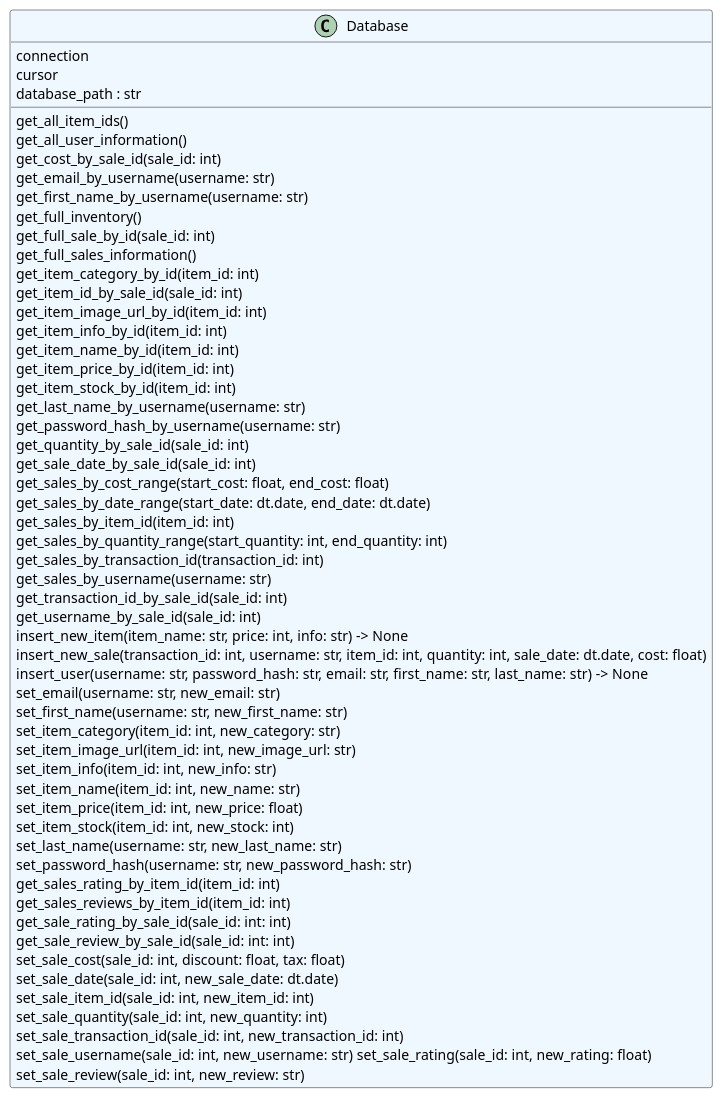
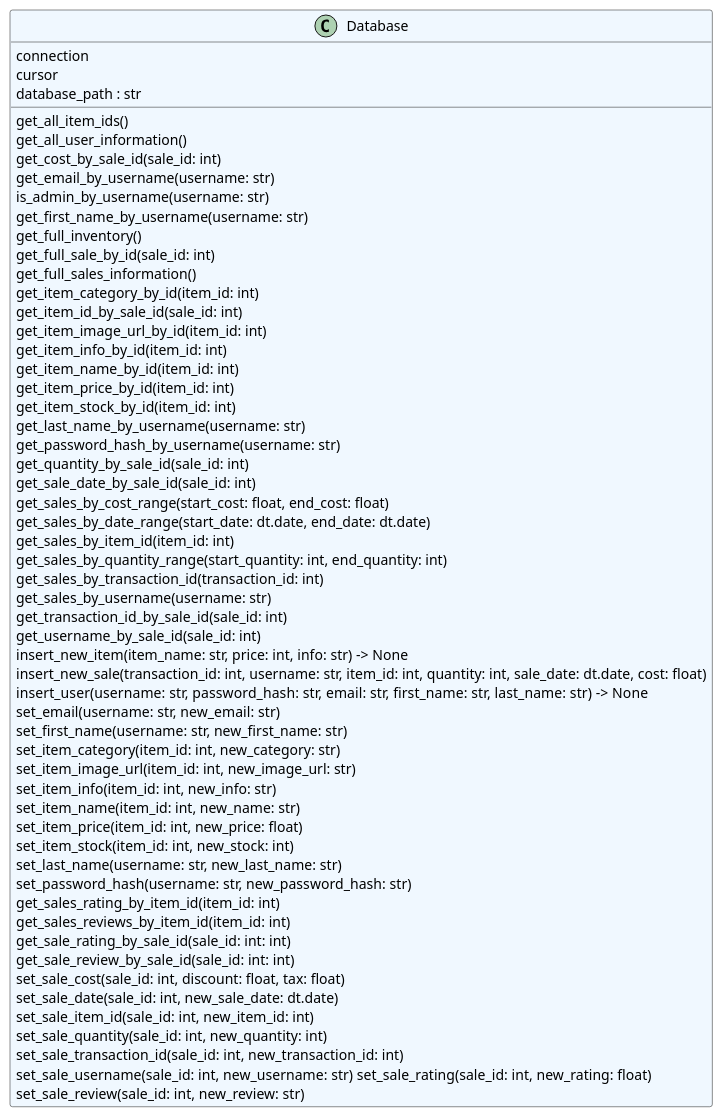
The diagram in docs/diagrams/system/database_classes_updated.puml (obxzeke/OnlineStore), drawn with PlantUML before and after one commit. The commit also changed 13 other files, not shown here.

```diff
--- a/docs/diagrams/system/database_classes_updated.puml
+++ b/docs/diagrams/system/database_classes_updated.puml
@@ -1,60 +1,61 @@
 @startuml classes
 set namespaceSeparator none
 class "Database" as database.db.Database #aliceblue {
   connection
   cursor
   database_path : str
   get_all_item_ids()
   get_all_user_information()
   get_cost_by_sale_id(sale_id: int)
   get_email_by_username(username: str)
+  is_admin_by_username(username: str)
   get_first_name_by_username(username: str)
   get_full_inventory()
   get_full_sale_by_id(sale_id: int)
   get_full_sales_information()
   get_item_category_by_id(item_id: int)
   get_item_id_by_sale_id(sale_id: int)
   get_item_image_url_by_id(item_id: int)
   get_item_info_by_id(item_id: int)
   get_item_name_by_id(item_id: int)
   get_item_price_by_id(item_id: int)
   get_item_stock_by_id(item_id: int)
   get_last_name_by_username(username: str)
   get_password_hash_by_username(username: str)
   get_quantity_by_sale_id(sale_id: int)
   get_sale_date_by_sale_id(sale_id: int)
   get_sales_by_cost_range(start_cost: float, end_cost: float)
   get_sales_by_date_range(start_date: dt.date, end_date: dt.date)
   get_sales_by_item_id(item_id: int)
   get_sales_by_quantity_range(start_quantity: int, end_quantity: int)
   get_sales_by_transaction_id(transaction_id: int)
   get_sales_by_username(username: str)
   get_transaction_id_by_sale_id(sale_id: int)
   get_username_by_sale_id(sale_id: int)
   insert_new_item(item_name: str, price: int, info: str) -> None
   insert_new_sale(transaction_id: int, username: str, item_id: int, quantity: int, sale_date: dt.date, cost: float)
   insert_user(username: str, password_hash: str, email: str, first_name: str, last_name: str) -> None
   set_email(username: str, new_email: str)
   set_first_name(username: str, new_first_name: str)
   set_item_category(item_id: int, new_category: str)
   set_item_image_url(item_id: int, new_image_url: str)
   set_item_info(item_id: int, new_info: str)
   set_item_name(item_id: int, new_name: str)
   set_item_price(item_id: int, new_price: float)
   set_item_stock(item_id: int, new_stock: int)
   set_last_name(username: str, new_last_name: str)
   set_password_hash(username: str, new_password_hash: str)
   get_sales_rating_by_item_id(item_id: int)
   get_sales_reviews_by_item_id(item_id: int)
   get_sale_rating_by_sale_id(sale_id: int: int)
   get_sale_review_by_sale_id(sale_id: int: int)
   set_sale_cost(sale_id: int, discount: float, tax: float)
   set_sale_date(sale_id: int, new_sale_date: dt.date)
   set_sale_item_id(sale_id: int, new_item_id: int)
   set_sale_quantity(sale_id: int, new_quantity: int)
   set_sale_transaction_id(sale_id: int, new_transaction_id: int)
   set_sale_username(sale_id: int, new_username: str)\
   set_sale_rating(sale_id: int, new_rating: float)
   set_sale_review(sale_id: int, new_review: str)
 }
 @enduml
```
